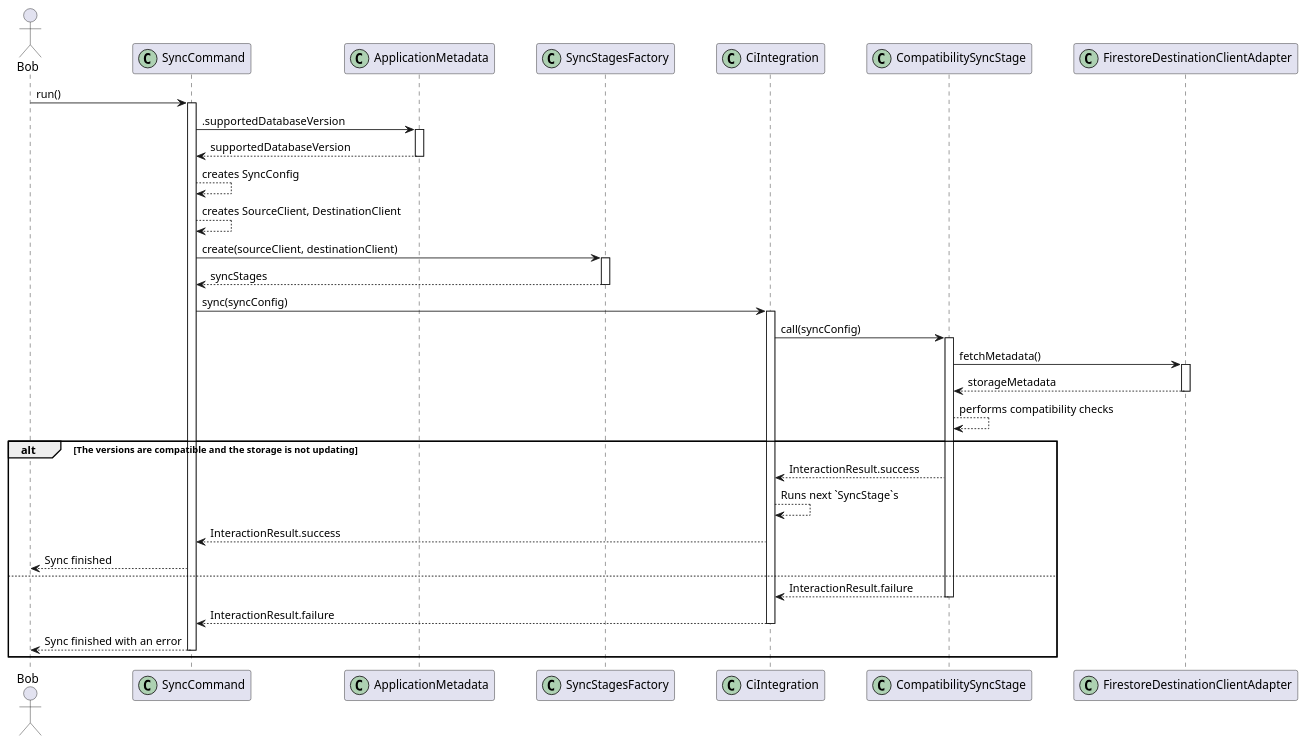
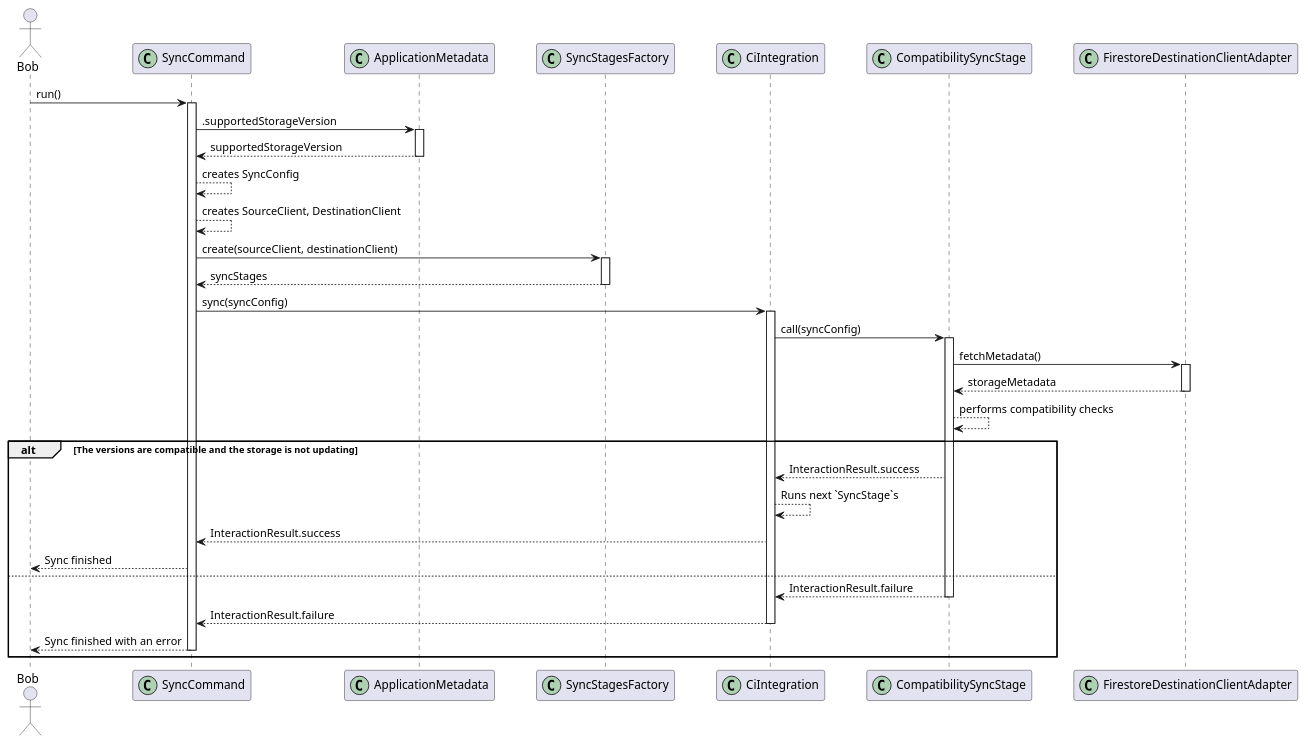
One commit to Flank/flank-dashboard changed the diagram in metrics/ci_integrations/docs/features/supported_database_version/diagrams/ci_integrations_supported_db_version_sequence_diagram.puml. Above: the diagram before and after it, drawn with PlantUML. The commit also changed 2 other files, not shown here.

```diff
--- a/metrics/ci_integrations/docs/features/supported_database_version/diagrams/ci_integrations_supported_db_version_sequence_diagram.puml
+++ b/metrics/ci_integrations/docs/features/supported_database_version/diagrams/ci_integrations_supported_db_version_sequence_diagram.puml
@@ -1,62 +1,62 @@
 @startuml
 
 skinparam ParticipantPadding 20
 skinparam BoxPadding 10
 
 
 actor Bob
 participant SyncCommand << (C,#ADD1B2) >>
 participant ApplicationMetadata << (C,#ADD1B2) >>
 participant SyncStagesFactory << (C,#ADD1B2) >>
 participant CiIntegration << (C,#ADD1B2) >>
 participant CompatibilitySyncStage << (C,#ADD1B2) >>
 participant FirestoreDestinationClientAdapter << (C,#ADD1B2) >>
 
 Bob -> SyncCommand : run()
 activate SyncCommand
 
-SyncCommand -> ApplicationMetadata : .supportedDatabaseVersion
+SyncCommand -> ApplicationMetadata : .supportedStorageVersion
 activate ApplicationMetadata
 
-ApplicationMetadata --> SyncCommand : supportedDatabaseVersion
+ApplicationMetadata --> SyncCommand : supportedStorageVersion
 deactivate ApplicationMetadata
 
 SyncCommand --> SyncCommand : creates SyncConfig
 SyncCommand --> SyncCommand : creates SourceClient, DestinationClient
 
 SyncCommand -> SyncStagesFactory : create(sourceClient, destinationClient)
 activate SyncStagesFactory
 
 SyncStagesFactory --> SyncCommand : syncStages
 deactivate SyncStagesFactory
 
 SyncCommand -> CiIntegration : sync(syncConfig)
 activate CiIntegration
 
 CiIntegration -> CompatibilitySyncStage : call(syncConfig)
 activate CompatibilitySyncStage
 
 CompatibilitySyncStage -> FirestoreDestinationClientAdapter : fetchMetadata()
 activate FirestoreDestinationClientAdapter
 
 FirestoreDestinationClientAdapter --> CompatibilitySyncStage : storageMetadata
 deactivate FirestoreDestinationClientAdapter
 
 CompatibilitySyncStage --> CompatibilitySyncStage : performs compatibility checks
 
 alt The versions are compatible and the storage is not updating
     CompatibilitySyncStage --> CiIntegration : InteractionResult.success
     CiIntegration --> CiIntegration : Runs next `SyncStage`s
     CiIntegration --> SyncCommand : InteractionResult.success
     SyncCommand --> Bob : Sync finished
 else
     CompatibilitySyncStage --> CiIntegration : InteractionResult.failure
     deactivate CompatibilitySyncStage
 
     CiIntegration --> SyncCommand : InteractionResult.failure
     deactivate CiIntegration
 
     SyncCommand --> Bob : Sync finished with an error
     deactivate SyncCommand
 end
 @enduml
```
